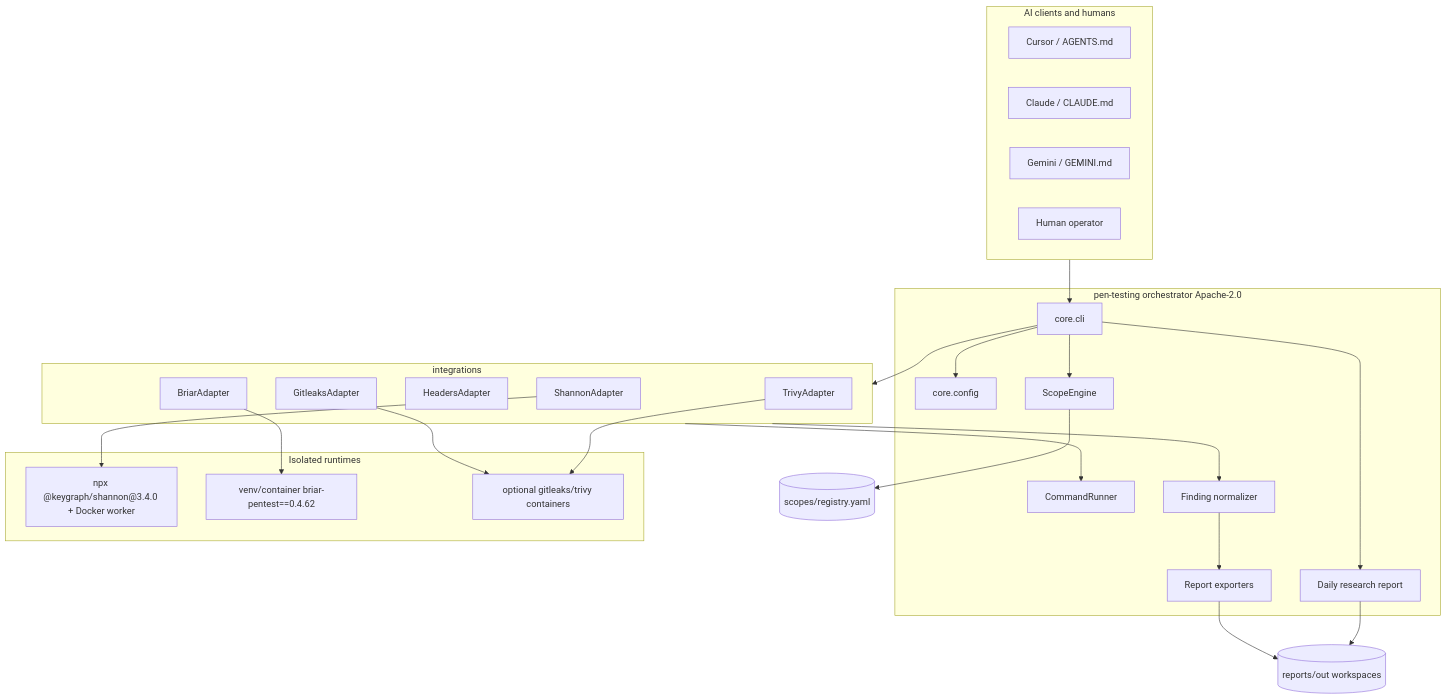
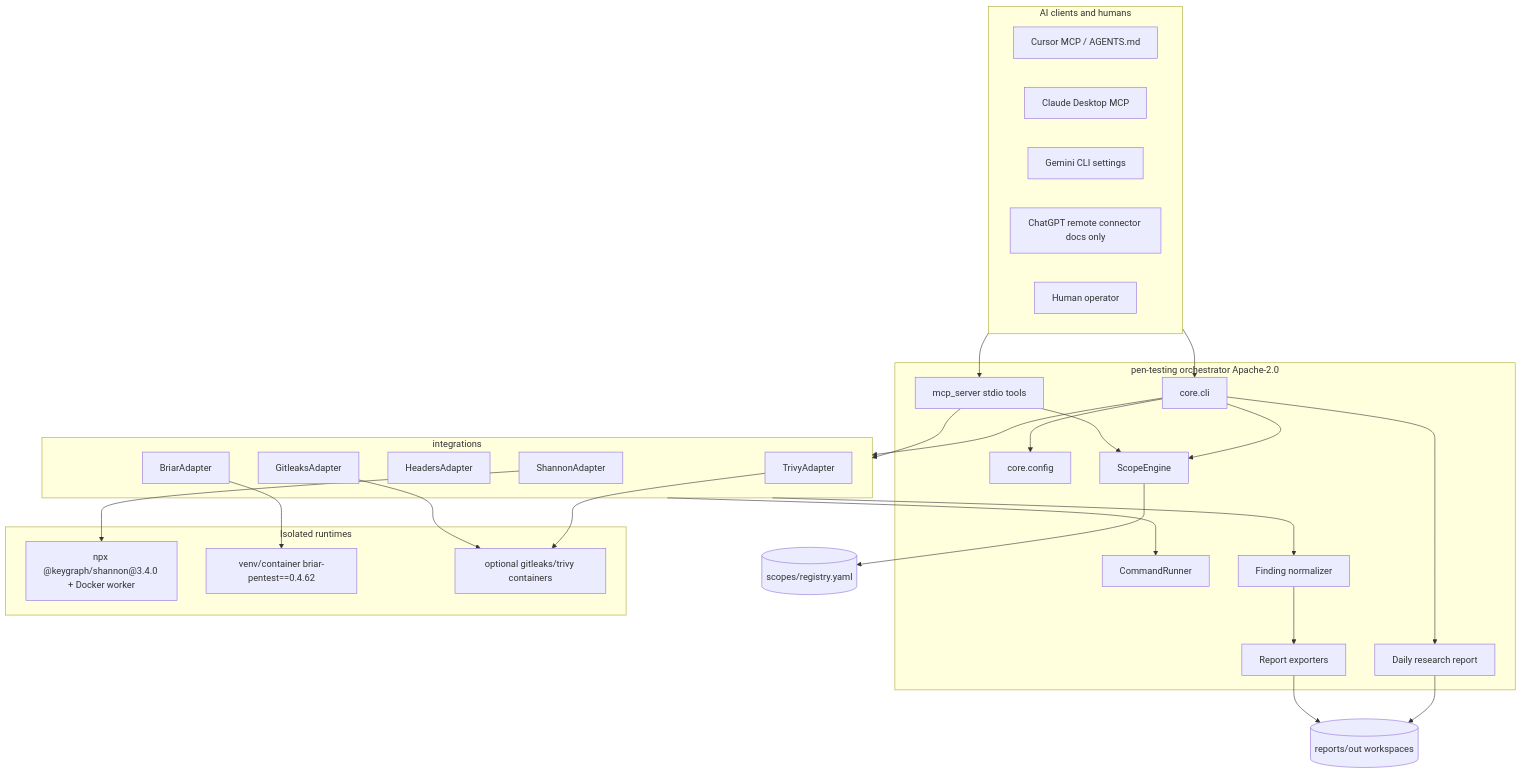
The diagram in docs/ARCHITECTURE.md (eneelkant/pen-testing), drawn with Mermaid before and after one commit. The commit also changed 34 other files, not shown here.

First line of the commit message:
Add MCP server, installers, and client packaging (0.2.0a1)

````diff
--- a/docs/ARCHITECTURE.md
+++ b/docs/ARCHITECTURE.md
@@ -9,52 +9,57 @@
 ```mermaid
 flowchart TB
   subgraph clients [AI clients and humans]
-    CURSOR[Cursor / AGENTS.md]
-    CLAUDE[Claude / CLAUDE.md]
-    GEMINI[Gemini / GEMINI.md]
+    CURSOR[Cursor MCP / AGENTS.md]
+    CLAUDE[Claude Desktop MCP]
+    GEMINI[Gemini CLI settings]
+    CHATGPT[ChatGPT remote connector docs only]
     HUMAN[Human operator]
   end
 
   subgraph platform [pen-testing orchestrator Apache-2.0]
+    MCP[mcp_server stdio tools]
     CLI[core.cli]
     CFG[core.config]
     SCOPE[ScopeEngine]
     RUN[CommandRunner]
     NORM[Finding normalizer]
     REP[Report exporters]
     DAILY[Daily research report]
   end
 
   subgraph adapters [integrations]
     SH[ShannonAdapter]
     BR[BriarAdapter]
     HD[HeadersAdapter]
     GL[GitleaksAdapter]
     TR[TrivyAdapter]
   end
 
   subgraph isolated [Isolated runtimes]
     NPX["npx @keygraph/shannon@3.4.0 + Docker worker"]
     VENV["venv/container briar-pentest==0.4.62"]
     SCAN["optional gitleaks/trivy containers"]
   end
 
   REG[(scopes/registry.yaml)]
   OUT[(reports/out workspaces)]
 
+  clients --> MCP
   clients --> CLI
+  MCP --> SCOPE
+  MCP --> adapters
   CLI --> CFG
   CLI --> SCOPE
   SCOPE --> REG
   CLI --> adapters
   adapters --> RUN
   SH --> NPX
   BR --> VENV
   GL --> SCAN
   TR --> SCAN
   adapters --> NORM
   NORM --> REP
   REP --> OUT
   CLI --> DAILY
   DAILY --> OUT
 ```
````
